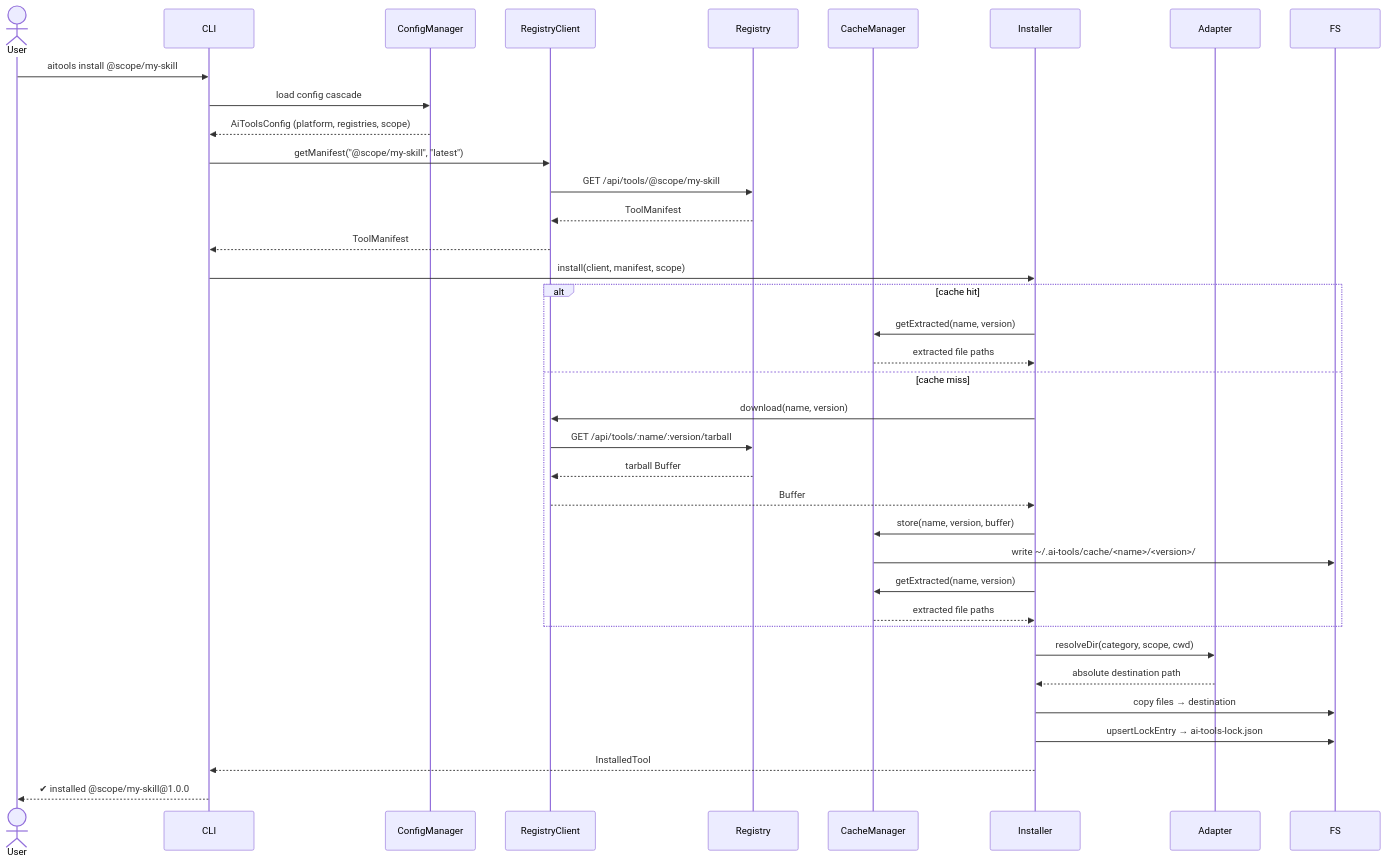
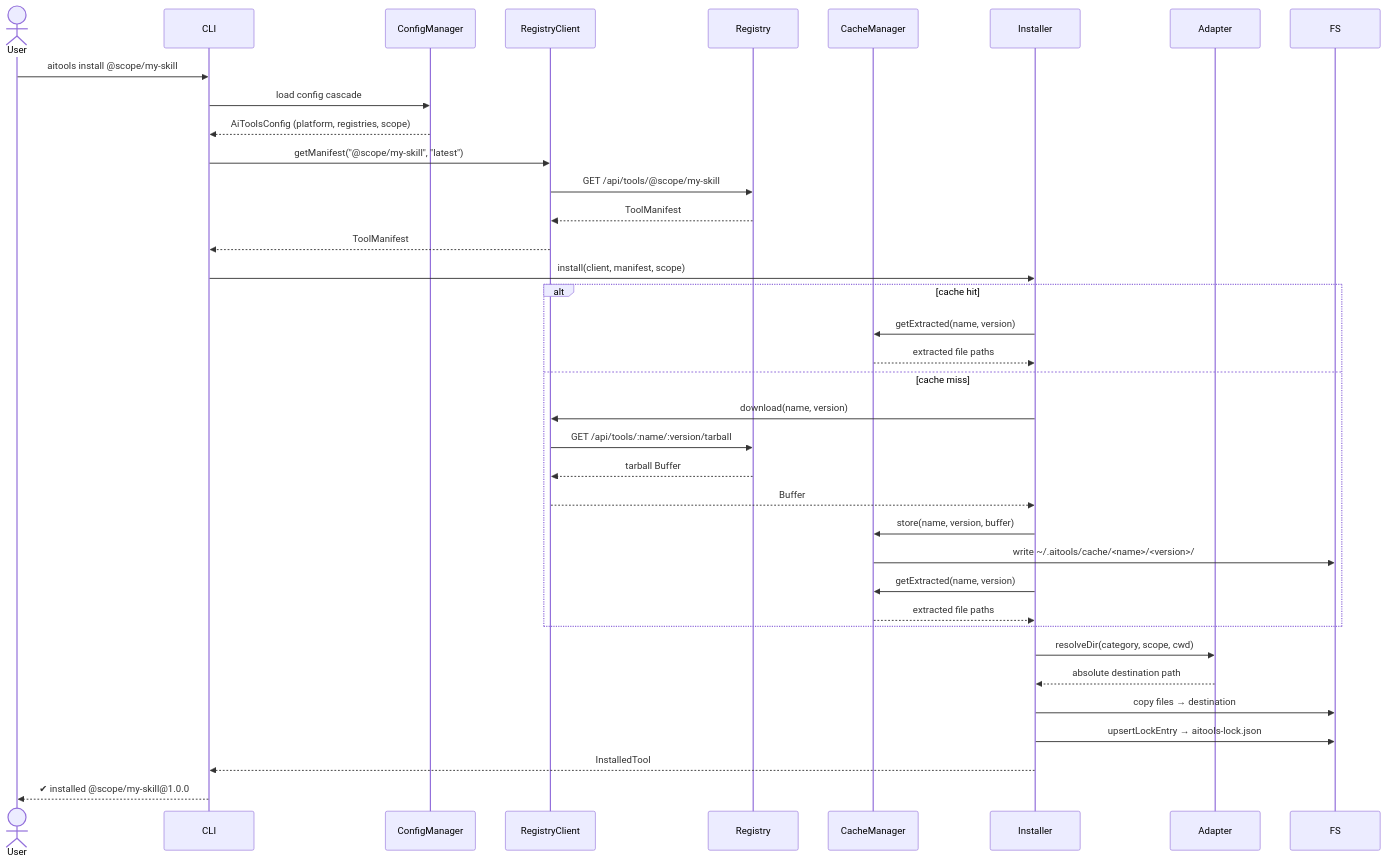
Before and after one commit to bitgenetics/aitools: the first of 6 diagrams in docs/design/flows.md, drawn with Mermaid. The commit also changed other lines of this file and 132 other files, not shown here.

````diff
--- a/docs/design/flows.md
+++ b/docs/design/flows.md
@@ -19,46 +19,46 @@
 ```mermaid
 sequenceDiagram
     actor User
     participant CLI
     participant ConfigManager
     participant RegistryClient
     participant Registry
     participant CacheManager
     participant Installer
     participant Adapter
     participant FS
 
     User->>CLI: aitools install @scope/my-skill
     CLI->>ConfigManager: load config cascade
     ConfigManager-->>CLI: AiToolsConfig (platform, registries, scope)
 
     CLI->>RegistryClient: getManifest("@scope/my-skill", "latest")
     RegistryClient->>Registry: GET /api/tools/@scope/my-skill
     Registry-->>RegistryClient: ToolManifest
     RegistryClient-->>CLI: ToolManifest
 
     CLI->>Installer: install(client, manifest, scope)
 
     alt cache hit
         Installer->>CacheManager: getExtracted(name, version)
         CacheManager-->>Installer: extracted file paths
     else cache miss
         Installer->>RegistryClient: download(name, version)
         RegistryClient->>Registry: GET /api/tools/:name/:version/tarball
         Registry-->>RegistryClient: tarball Buffer
         RegistryClient-->>Installer: Buffer
         Installer->>CacheManager: store(name, version, buffer)
-        CacheManager->>FS: write ~/.ai-tools/cache/<name>/<version>/
+        CacheManager->>FS: write ~/.aitools/cache/<name>/<version>/
         Installer->>CacheManager: getExtracted(name, version)
         CacheManager-->>Installer: extracted file paths
     end
 
     Installer->>Adapter: resolveDir(category, scope, cwd)
     Adapter-->>Installer: absolute destination path
 
     Installer->>FS: copy files → destination
-    Installer->>FS: upsertLockEntry → ai-tools-lock.json
+    Installer->>FS: upsertLockEntry → aitools-lock.json
     Installer-->>CLI: InstalledTool
 
     CLI-->>User: ✔ installed @scope/my-skill@1.0.0
 ```
````
